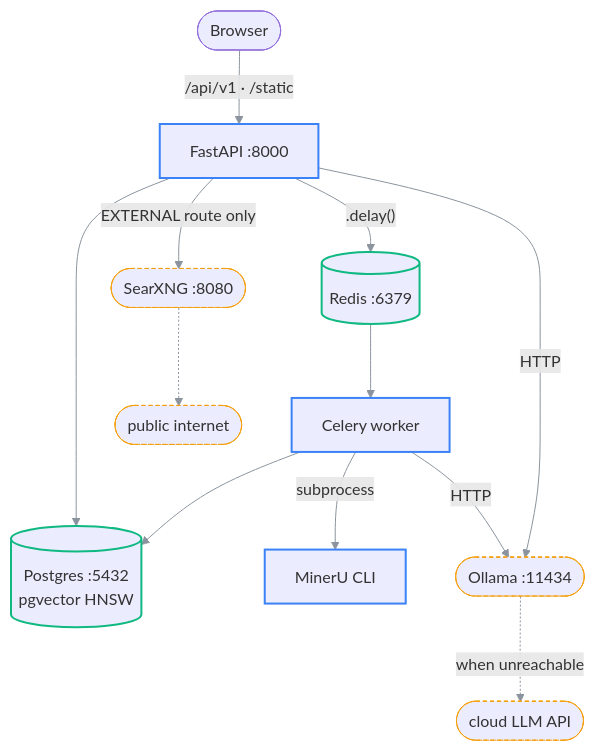
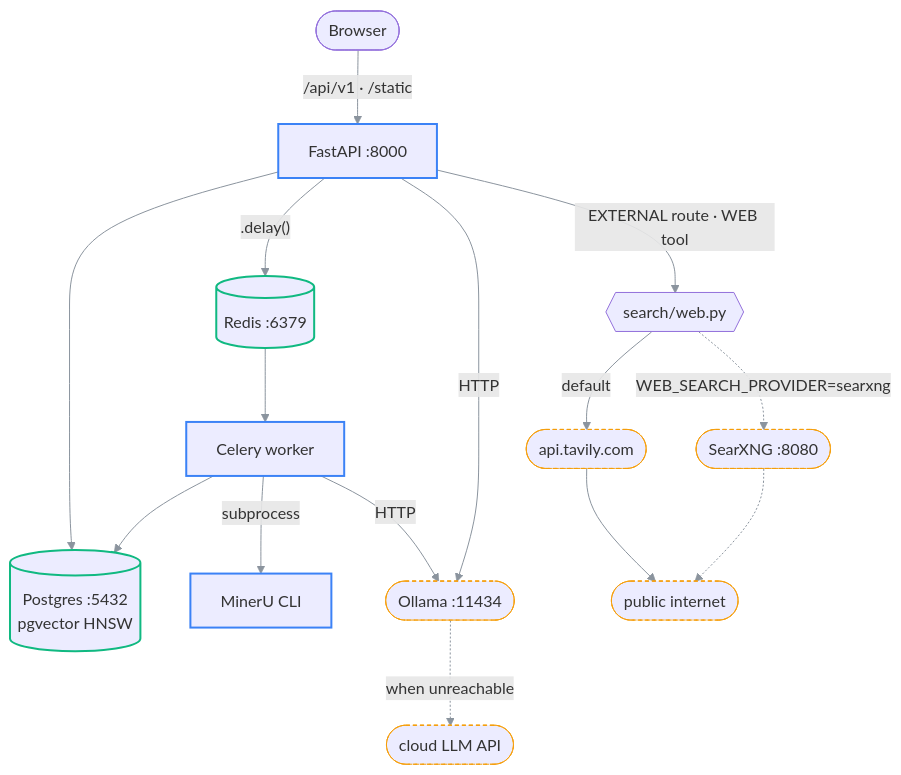
One commit to Khaled-Saleh-KL1/9XAIPal changed the diagram in docs/01-orientation/runtime-topology.md. Above: the diagram before and after it, drawn with Mermaid. The commit also changed other lines of this file and 80 other files, not shown here.

First line of the commit message:
Desk: cross-paper studies, agent trail, Tavily search, library covers — plus extraction and reader fixes (#23)

````diff
--- a/docs/01-orientation/runtime-topology.md
+++ b/docs/01-orientation/runtime-topology.md
@@ -86,22 +90,25 @@
 ```mermaid
 %%{init: {'themeVariables': {'fontFamily': 'ui-monospace, SFMono-Regular, Menlo, monospace', 'lineColor': '#8b949e'}}}%%
 flowchart TD
     B([Browser]) -->|"/api/v1 · /static"| API[FastAPI :8000]
     API --> PG[(Postgres :5432<br/>pgvector HNSW)]
     API -->|".delay()"| RD[(Redis :6379)]
     RD --> W[Celery worker]
     W --> PG
     W -->|subprocess| MU[MinerU CLI]
     W -->|HTTP| OL([Ollama :11434])
     API -->|HTTP| OL
-    API -->|EXTERNAL route only| SX([SearXNG :8080])
+    API -->|"EXTERNAL route · WEB tool"| SX{{"search/web.py"}}
+    SX -->|"default"| TV([api.tavily.com])
+    SX -.->|"WEB_SEARCH_PROVIDER=searxng"| SXNG([SearXNG :8080])
     OL -.->|"when unreachable"| CLOUD([cloud LLM API])
-    SX -.-> NET([public internet])
+    TV --> NET([public internet])
+    SXNG -.-> NET
 
     classDef owned stroke:#3b82f6,stroke-width:2px
     classDef store stroke:#10b981,stroke-width:2px
     classDef ext stroke:#f59e0b,stroke-dasharray:4 3
     class API,W,MU owned
     class PG,RD store
-    class OL,SX,CLOUD,NET ext
+    class OL,TV,SXNG,CLOUD,NET ext
 ```
````
